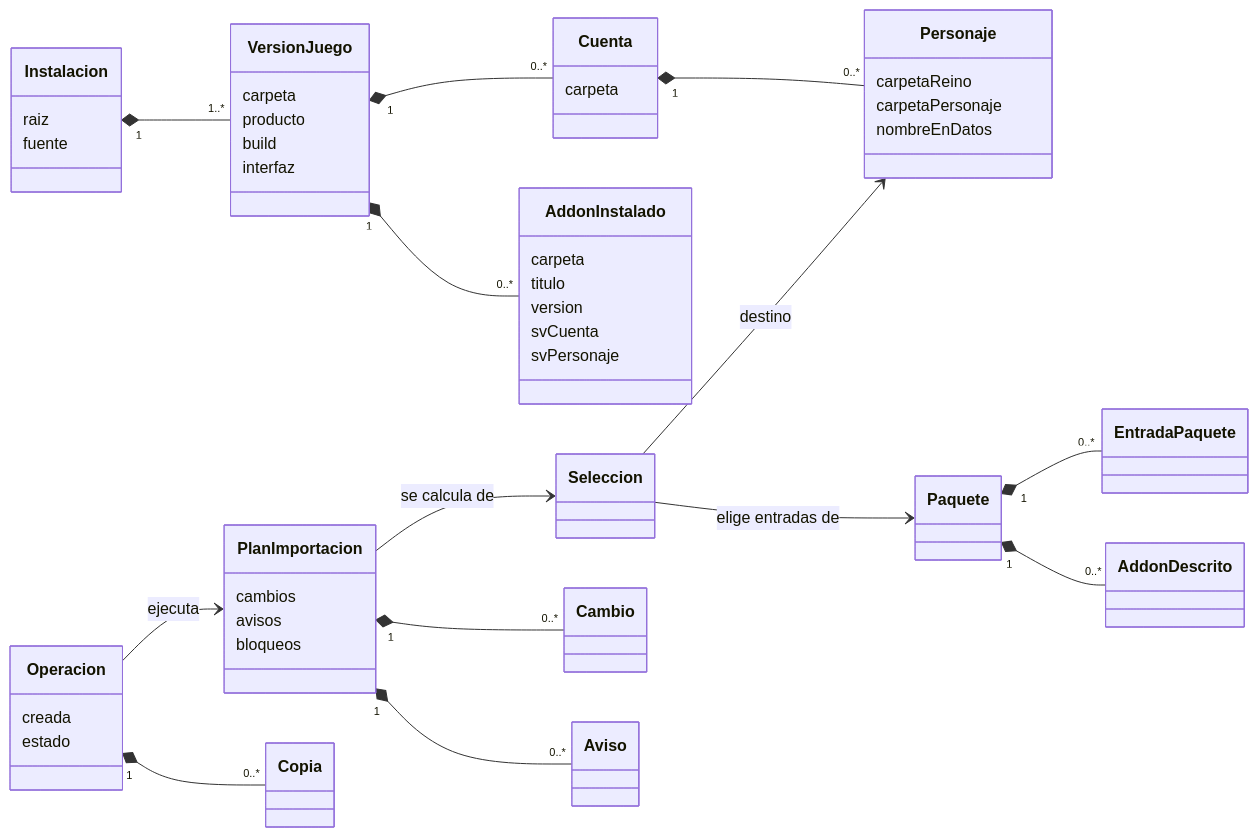
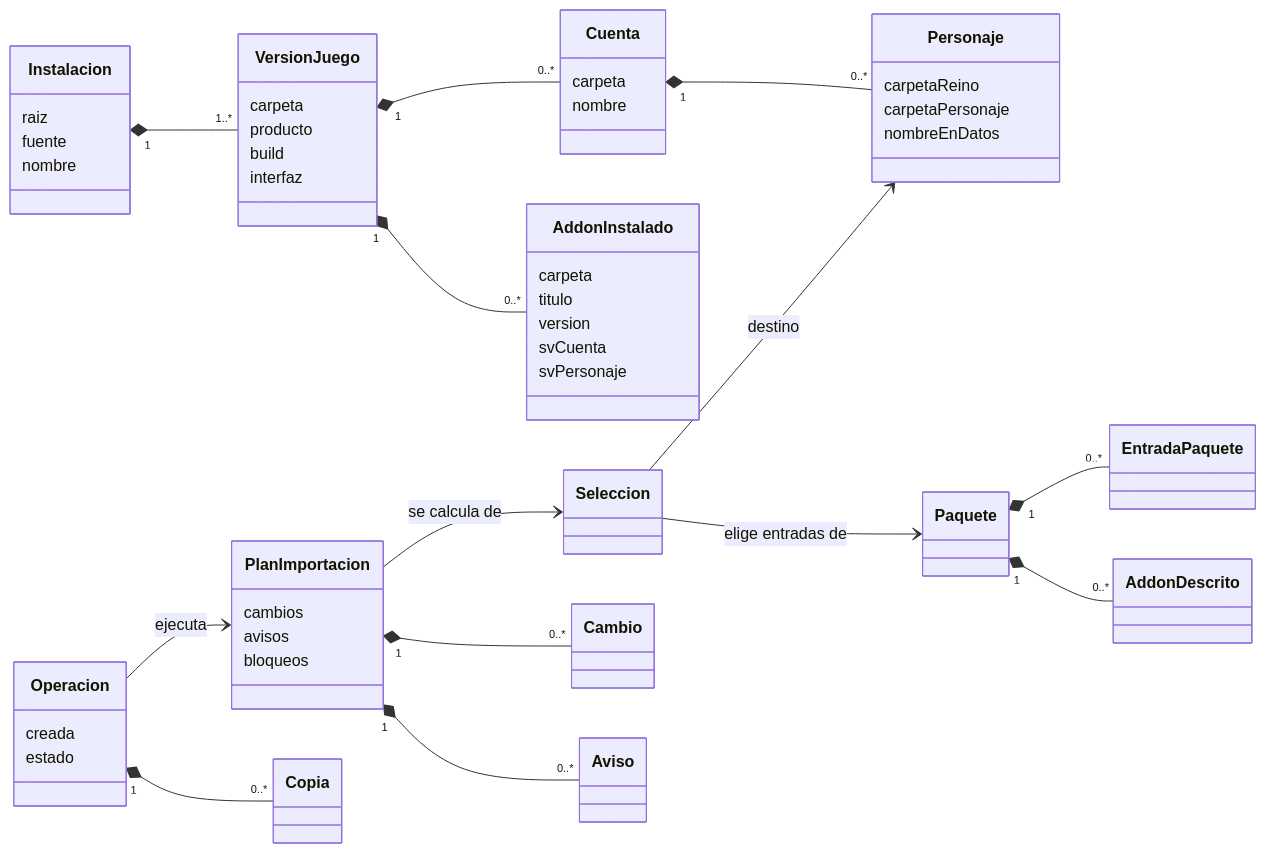
Before and after one commit to SergioVertedor/wow-profile-manager: the diagram in docs/modelo-de-datos.md, drawn with Mermaid. The commit also changed other lines of this file and 28 other files, not shown here.

````diff
--- a/docs/modelo-de-datos.md
+++ b/docs/modelo-de-datos.md
@@ -18,52 +18,54 @@
 ```mermaid
 classDiagram
     direction LR
     Instalacion "1" *-- "1..*" VersionJuego
     VersionJuego "1" *-- "0..*" Cuenta
     VersionJuego "1" *-- "0..*" AddonInstalado
     Cuenta "1" *-- "0..*" Personaje
     Paquete "1" *-- "0..*" EntradaPaquete
     Paquete "1" *-- "0..*" AddonDescrito
     Seleccion --> Paquete : elige entradas de
     Seleccion --> Personaje : destino
     PlanImportacion --> Seleccion : se calcula de
     PlanImportacion "1" *-- "0..*" Cambio
     PlanImportacion "1" *-- "0..*" Aviso
     Operacion --> PlanImportacion : ejecuta
     Operacion "1" *-- "0..*" Copia
 
     class Instalacion {
       raiz
       fuente
+      nombre
     }
     class VersionJuego {
       carpeta
       producto
       build
       interfaz
     }
     class Cuenta {
       carpeta
+      nombre
     }
     class Personaje {
       carpetaReino
       carpetaPersonaje
       nombreEnDatos
     }
     class AddonInstalado {
       carpeta
       titulo
       version
       svCuenta
       svPersonaje
     }
     class PlanImportacion {
       cambios
       avisos
       bloqueos
     }
     class Operacion {
       creada
       estado
     }
 ```
````
